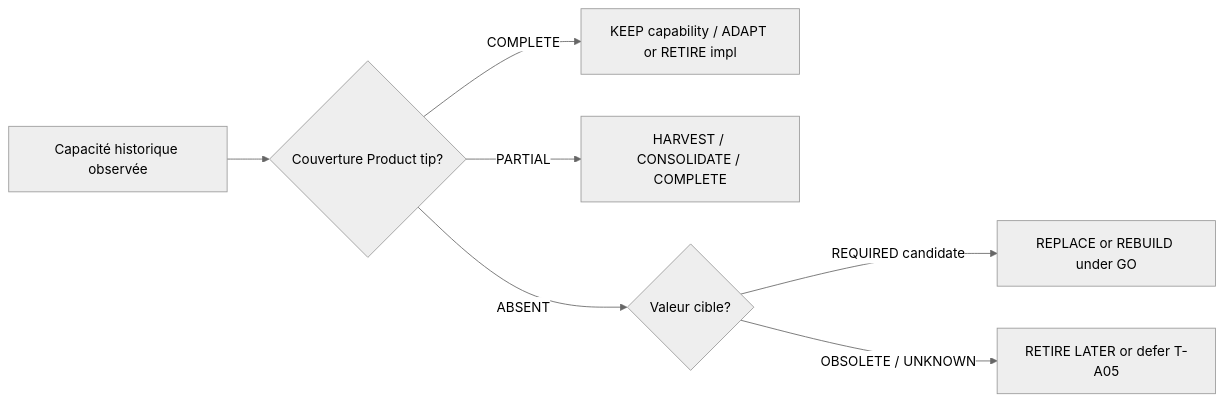
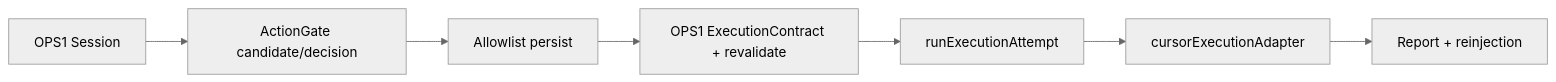
The second of 4 diagrams in sfia-review-handoff/latest-chatgpt-review.md (mcleland147/sfia-workspace), drawn with Mermaid (neutral theme) before and after one commit. The commit also changed other lines of this file, not shown here.

Commit message:
docs(review-handoff): AKG-M4-A T-A03 authority sequences STOP FAIL restart

````diff
--- a/sfia-review-handoff/latest-chatgpt-review.md
+++ b/sfia-review-handoff/latest-chatgpt-review.md
@@ -150,9 +376,9 @@
 ```mermaid
 flowchart LR
-  H[Capacité historique observée] --> C{Couverture Product tip?}
-  C -->|COMPLETE| K[KEEP capability / ADAPT or RETIRE impl]
-  C -->|PARTIAL| P[HARVEST / CONSOLIDATE / COMPLETE]
-  C -->|ABSENT| A{Valeur cible?}
-  A -->|REQUIRED candidate| R[REPLACE or REBUILD under GO]
-  A -->|OBSOLETE / UNKNOWN| O[RETIRE LATER or defer T-A05]
+  S[OPS1 Session] --> G[ActionGate candidate/decision]
+  G --> A[Allowlist persist]
+  A --> C[OPS1 ExecutionContract + revalidate]
+  C --> T[runExecutionAttempt]
+  T --> X[cursorExecutionAdapter]
+  X --> R[Report + reinjection]
 ```
````
